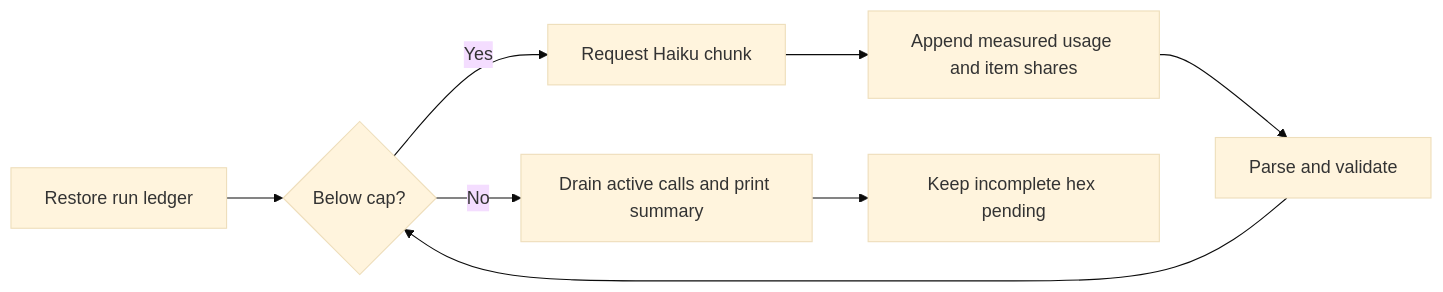
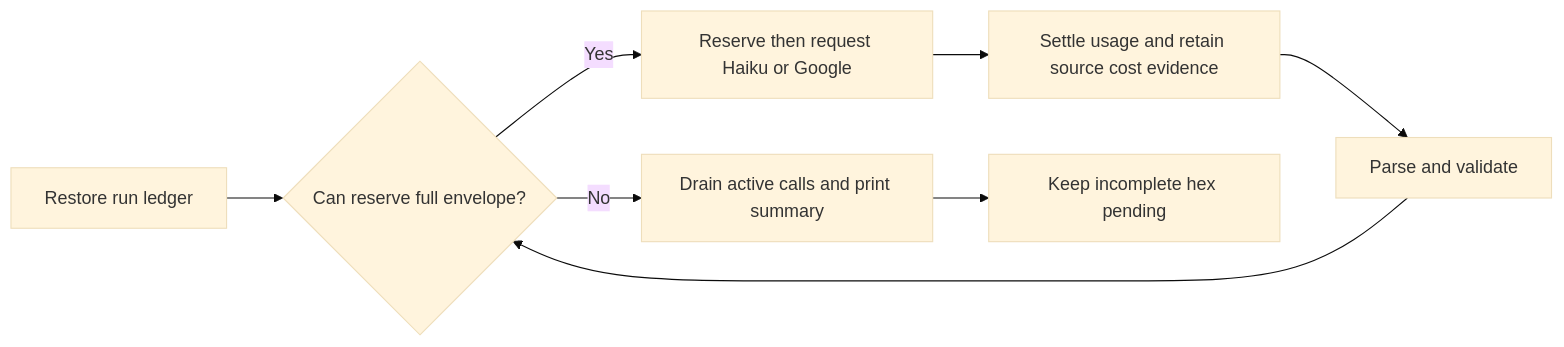
Before and after one commit to dgmolla/fitsy: the second of 2 diagrams in docs/engineering/pipeline/runbook.md, drawn with Mermaid (base theme). The commit also changed other lines of this file and 32 other files, not shown here.

````diff
--- a/docs/engineering/pipeline/runbook.md
+++ b/docs/engineering/pipeline/runbook.md
@@ -229,10 +231,10 @@
 ```mermaid
 flowchart LR
-    A[Restore run ledger] --> B{Below cap?}
-    B -->|Yes| C[Request Haiku chunk]
-    C --> D[Append measured usage and item shares]
+    A[Restore run ledger] --> B{Can reserve full envelope?}
+    B -->|Yes| C[Reserve then request Haiku or Google]
+    C --> D[Settle usage and retain source cost evidence]
     D --> E[Parse and validate]
     E --> B
     B -->|No| F[Drain active calls and print summary]
     F --> G[Keep incomplete hex pending]
 ```
````
